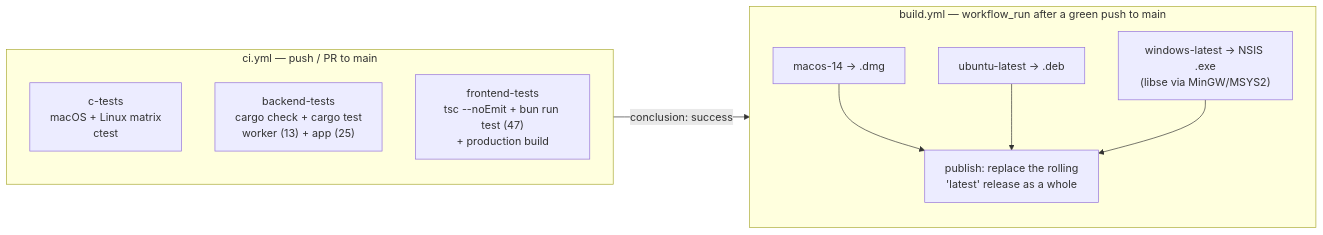
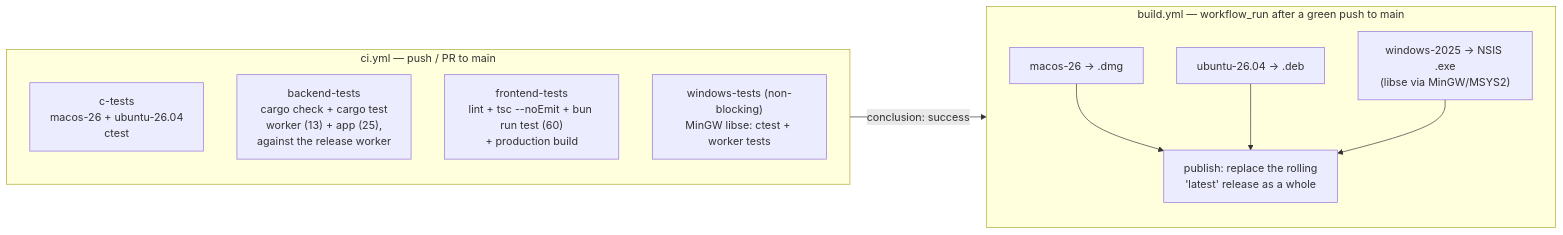
Before and after one commit to sersergious/surface-evolver: the sixth of 6 diagrams in ARCHITECTURE.md, drawn with Mermaid. The commit also changed other lines of this file and 17 other files, not shown here.

````diff
--- a/ARCHITECTURE.md
+++ b/ARCHITECTURE.md
@@ -296,19 +296,20 @@
 ```mermaid
 flowchart LR
     subgraph CI["ci.yml — push / PR to main"]
         direction TB
-        C1["c-tests<br/>macOS + Linux matrix<br/>ctest"]
-        C2["backend-tests<br/>cargo check + cargo test<br/>worker (13) + app (25)"]
-        C3["frontend-tests<br/>tsc --noEmit + bun run test (47)<br/>+ production build"]
+        C1["c-tests<br/>macos-26 + ubuntu-26.04<br/>ctest"]
+        C2["backend-tests<br/>cargo check + cargo test<br/>worker (13) + app (25),<br/>against the release worker"]
+        C3["frontend-tests<br/>lint + tsc --noEmit + bun run test (60)<br/>+ production build"]
+        C4["windows-tests (non-blocking)<br/>MinGW libse: ctest + worker tests"]
     end
     subgraph BUILD["build.yml — workflow_run after a green push to main"]
         direction TB
-        B1["macos-14 → .dmg"]
-        B2["ubuntu-latest → .deb"]
-        B3["windows-latest → NSIS .exe<br/>(libse via MinGW/MSYS2)"]
+        B1["macos-26 → .dmg"]
+        B2["ubuntu-26.04 → .deb"]
+        B3["windows-2025 → NSIS .exe<br/>(libse via MinGW/MSYS2)"]
         B1 --> REL["publish: replace the rolling<br/>'latest' release as a whole"]
         B2 --> REL
         B3 --> REL
     end
     CI -- "conclusion: success" --> BUILD
 ```
````
